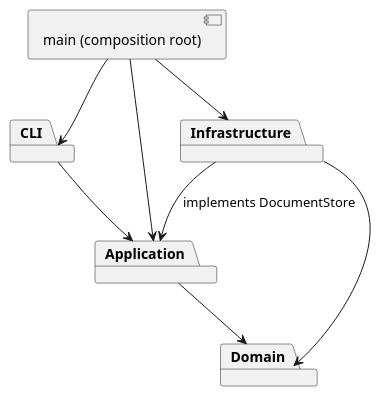
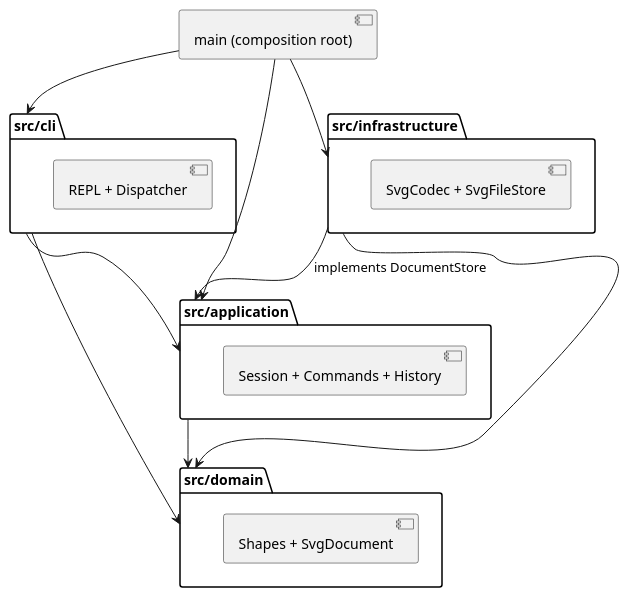
The first of 2 diagrams in doc/README.md (fsxf/-Lab1), drawn with PlantUML before and after one commit. The commit also changed other lines of this file and 1 other file, not shown here.

Commit message:
docs: record architecture audit development decisions and final verification

````diff
--- a/doc/README.md
+++ b/doc/README.md
@@ -16,16 +16,25 @@
 ```plantuml
 @startuml
-package CLI
-package Application
-package Domain
-package Infrastructure
+package "src/cli" as CLI {
+  component "REPL + Dispatcher"
+}
+package "src/application" as Application {
+  component "Session + Commands + History"
+}
+package "src/domain" as Domain {
+  component "Shapes + SvgDocument"
+}
+package "src/infrastructure" as Infrastructure {
+  component "SvgCodec + SvgFileStore"
+}
 component "main (composition root)" as Main
 CLI --> Application
+CLI --> Domain
 Application --> Domain
 Infrastructure --> Application : implements DocumentStore
 Infrastructure --> Domain
 Main --> CLI
 Main --> Application
 Main --> Infrastructure
 @enduml
 ```
````
